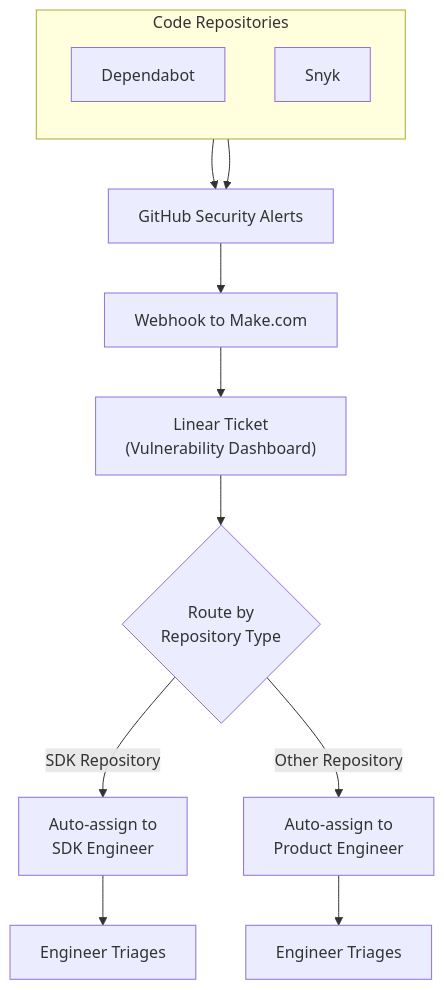
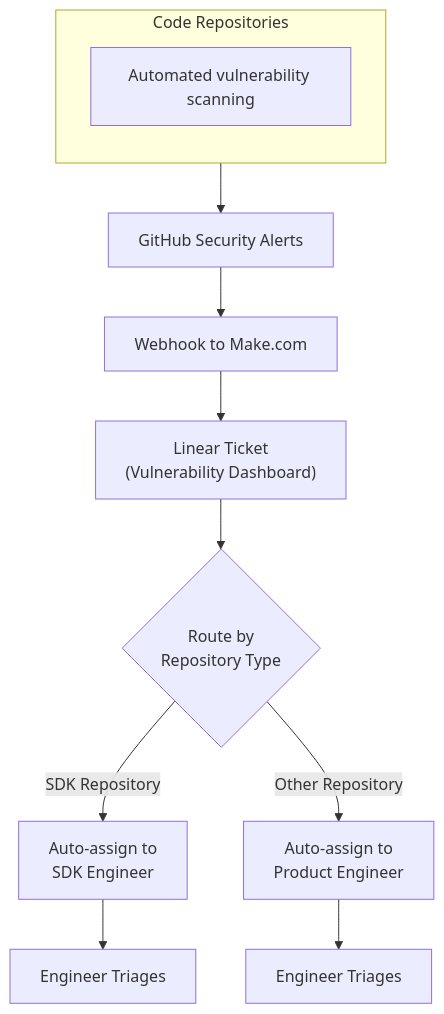
The second of 2 diagrams in content/handbook/product-engineering/playbooks/vulnerability-handling.mdx (langfuse/langfuse-docs), drawn with Mermaid before and after one commit. The commit also changed other lines of this file and 3 other files, not shown here.

First line of the commit message:
docs(security): describe vulnerability scanning without vendor names

````diff
--- a/content/handbook/product-engineering/playbooks/vulnerability-handling.mdx
+++ b/content/handbook/product-engineering/playbooks/vulnerability-handling.mdx
@@ -25,21 +25,19 @@
 ```mermaid
 flowchart TD
     subgraph Repos["Code Repositories"]
         direction TB
-        Dependabot["Dependabot"]
-        Snyk["Snyk"]
+        Scanning["Automated vulnerability scanning"]
     end
 
-    Dependabot --> GitHub["GitHub Security Alerts"]
-    Snyk --> GitHub
+    Scanning --> GitHub["GitHub Security Alerts"]
 
     GitHub --> Make["Webhook to Make.com"]
     Make --> Linear["Linear Ticket<br/>(Vulnerability Dashboard)"]
     Linear --> Route{"Route by<br/>Repository Type"}
 
     Route -->|SDK Repository| SDKEngineer["Auto-assign to<br/>SDK Engineer"]
     Route -->|Other Repository| ProductEngineer["Auto-assign to<br/>Product Engineer"]
 
     SDKEngineer --> Triage1["Engineer Triages"]
     ProductEngineer --> Triage2["Engineer Triages"]
 ```
````
